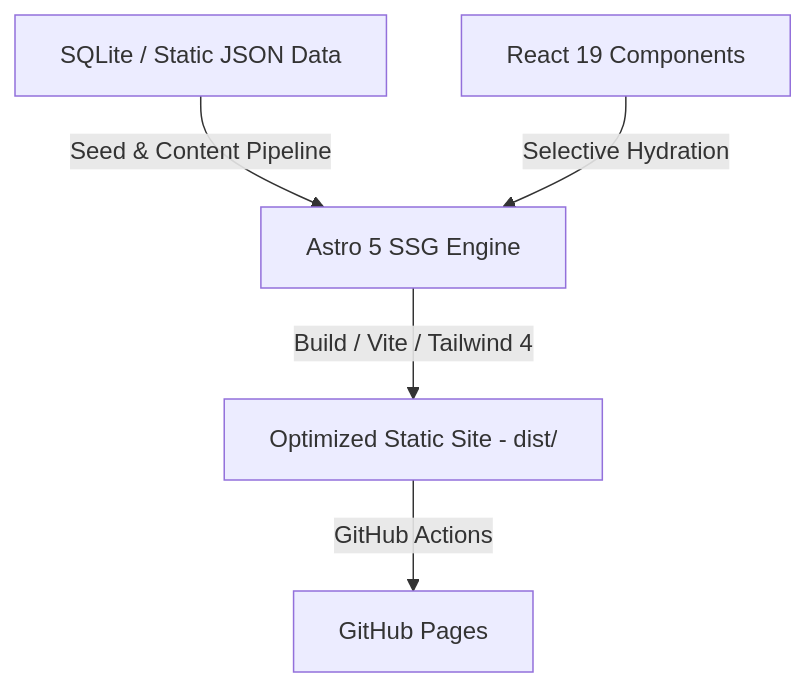
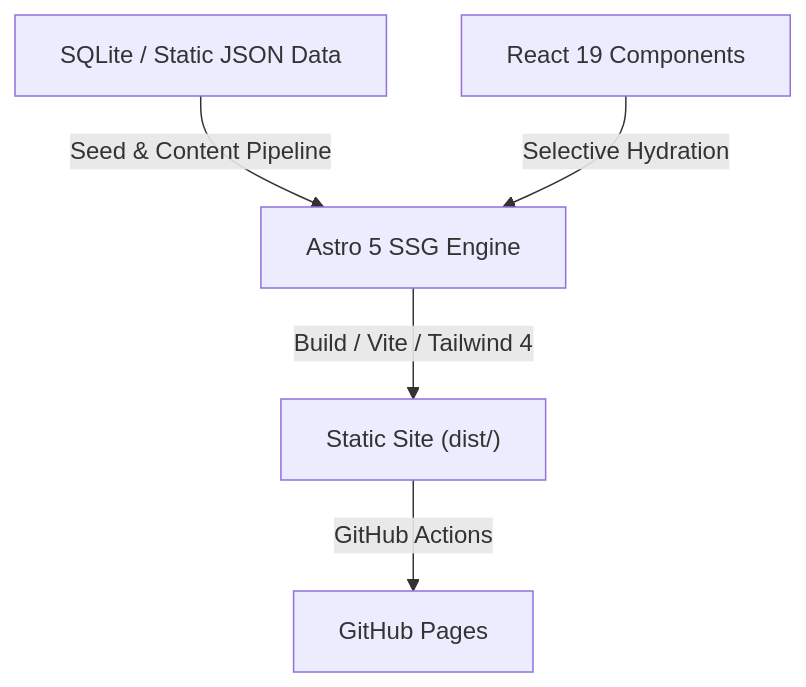
The diagram in README.md (majidrajpar/portfolio_my), drawn with Mermaid before and after one commit. The commit also changed other lines of this file, not shown here.

Commit message:
Polish README header and architecture diagram

````diff
--- a/README.md
+++ b/README.md
@@ -23,7 +20,7 @@
 ```mermaid
 graph TD
-    A[SQLite / Static JSON Data] -->|Seed & Content Pipeline| B[Astro 5 SSG Engine]
-    C[React 19 Components] -->|Selective Hydration| B
-    B -->|Build / Vite / Tailwind 4| D[Optimized Static Site - dist/]
-    D -->|GitHub Actions| E[GitHub Pages]
+    A["SQLite / Static JSON Data"] -->|Seed & Content Pipeline| B["Astro 5 SSG Engine"]
+    C["React 19 Components"] -->|Selective Hydration| B
+    B -->|Build / Vite / Tailwind 4| D["Static Site (dist/)"]
+    D -->|GitHub Actions| E["GitHub Pages"]
 ```
````
